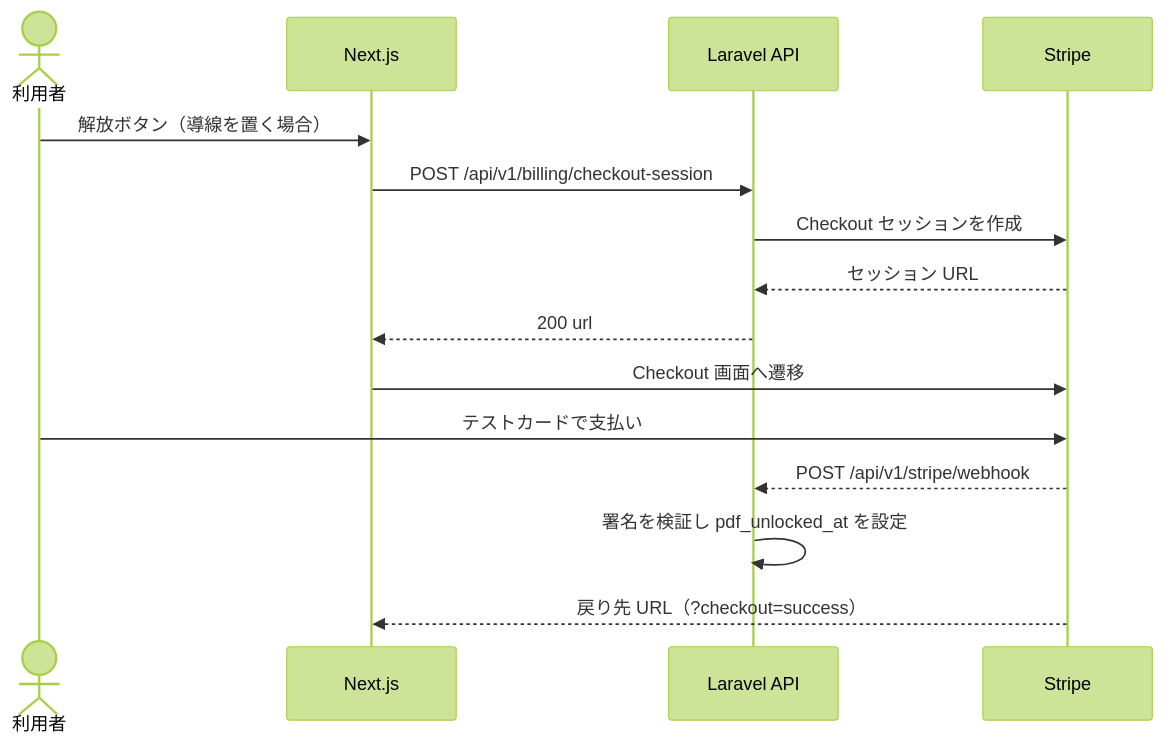
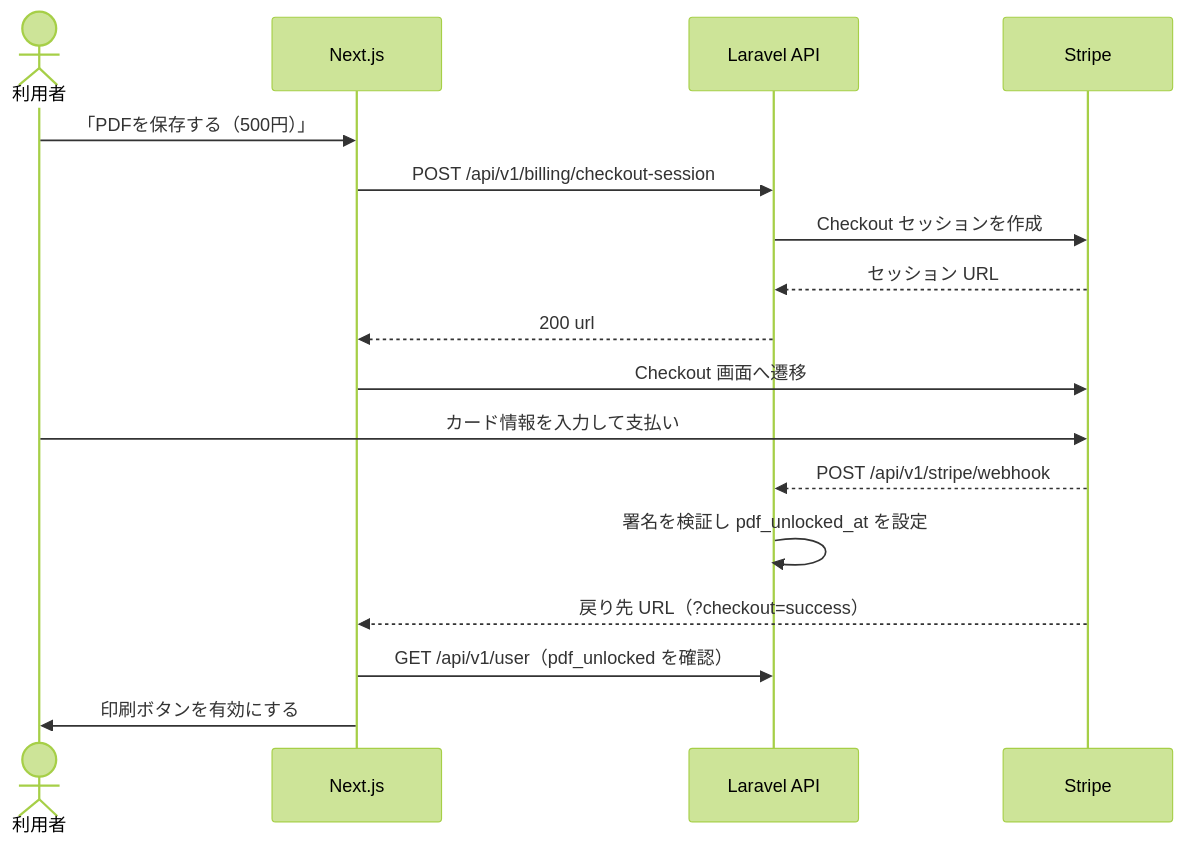
One commit to fm5889rx/repace-app changed the second of 2 diagrams in docs/design/F-08_Stripe決済連携.md. Above: the diagram before and after it, drawn with Mermaid (forest theme). The commit also changed other lines of this file and 9 other files, not shown here.

````diff
--- a/docs/design/F-08_Stripe決済連携.md
+++ b/docs/design/F-08_Stripe決済連携.md
@@ -63,17 +73,19 @@
 ```mermaid
 sequenceDiagram
     actor U as 利用者
     participant F as Next.js
     participant A as Laravel API
     participant S as Stripe
-    U->>F: 解放ボタン（導線を置く場合）
+    U->>F: 「PDFを保存する（500円）」
     F->>A: POST /api/v1/billing/checkout-session
     A->>S: Checkout セッションを作成
     S-->>A: セッション URL
     A-->>F: 200 url
     F->>S: Checkout 画面へ遷移
-    U->>S: テストカードで支払い
+    U->>S: カード情報を入力して支払い
     S-->>A: POST /api/v1/stripe/webhook
     A->>A: 署名を検証し pdf_unlocked_at を設定
     S-->>F: 戻り先 URL（?checkout=success）
+    F->>A: GET /api/v1/user（pdf_unlocked を確認）
+    F->>U: 印刷ボタンを有効にする
 ```
````
